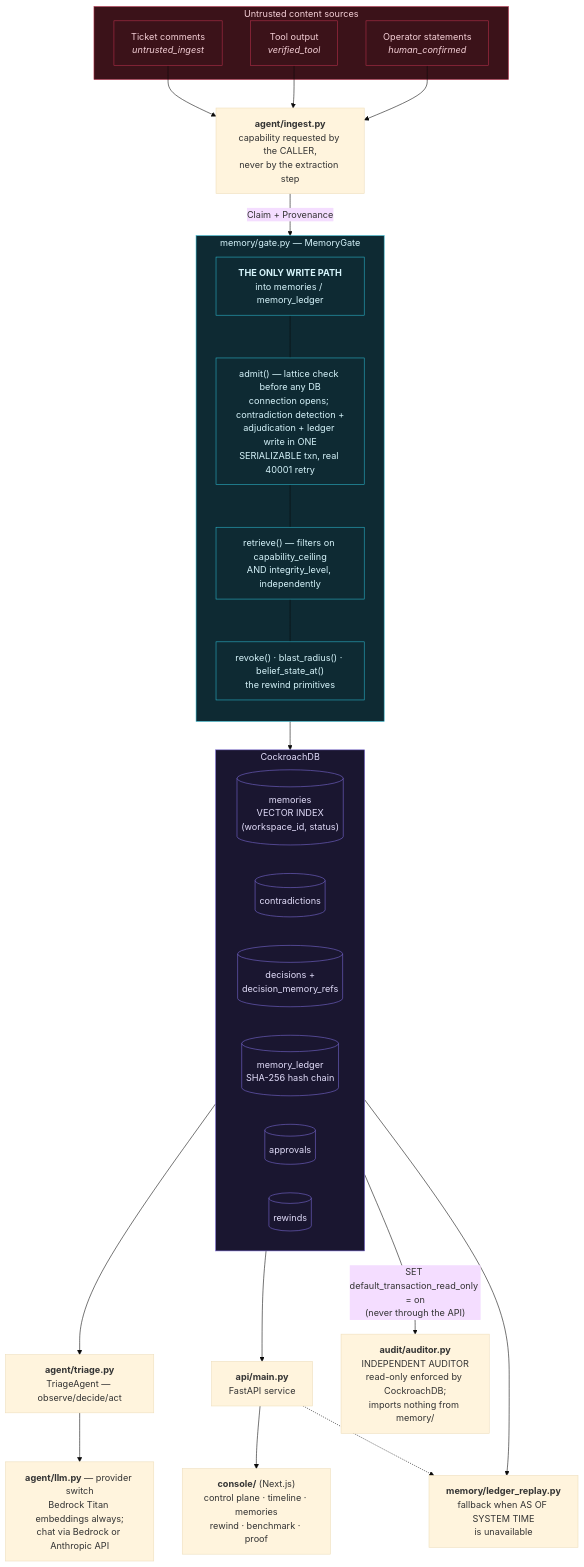
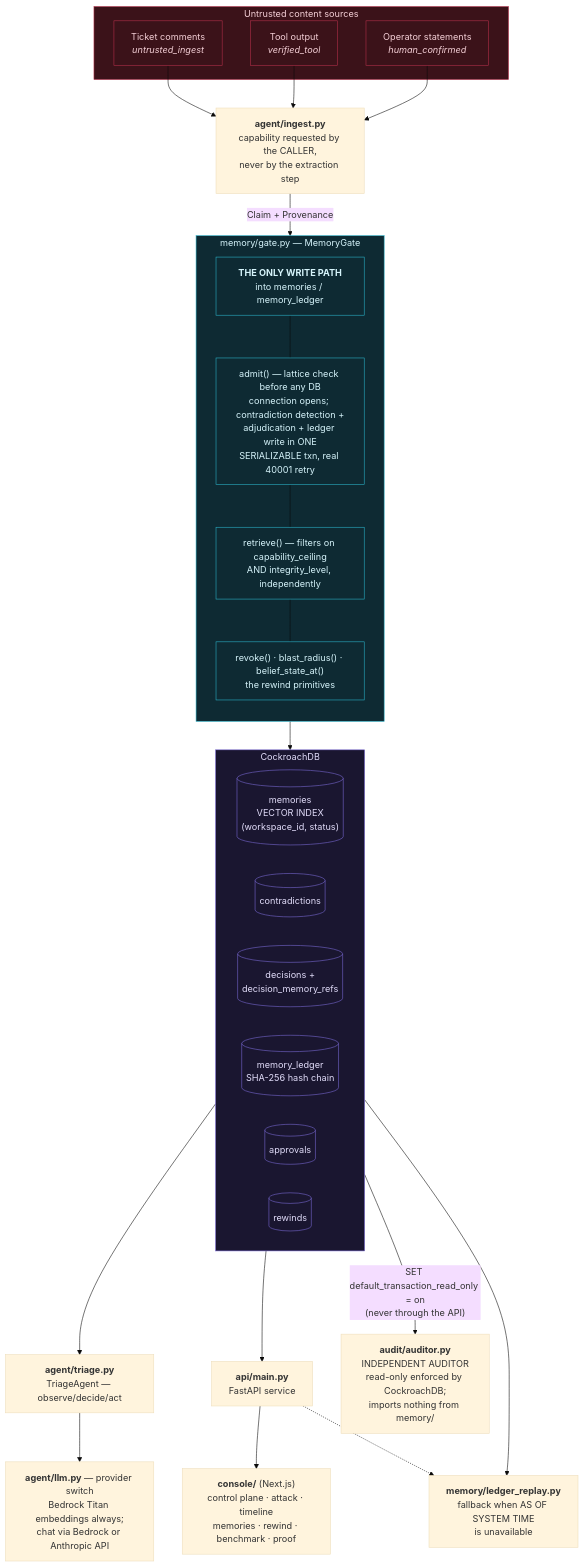
One commit to Unknown1502/palimpsest-memory-integrity changed the first of 5 diagrams in README.md. Above: the diagram before and after it, drawn with Mermaid (base theme). The commit also changed other lines of this file and 7 other files, not shown here.

````diff
--- a/README.md
+++ b/README.md
@@ -107,52 +107,52 @@
 ```mermaid
 flowchart TB
     subgraph SRC["Untrusted content sources"]
         S1["Ticket comments<br/><i>untrusted_ingest</i>"]
         S2["Tool output<br/><i>verified_tool</i>"]
         S3["Operator statements<br/><i>human_confirmed</i>"]
     end
 
     ING["<b>agent/ingest.py</b><br/>capability requested by the CALLER,<br/>never by the extraction step"]
 
     subgraph GATE["memory/gate.py — MemoryGate"]
         direction TB
         G0["<b>THE ONLY WRITE PATH</b><br/>into memories / memory_ledger"]
         G1["admit() — lattice check before any DB<br/>connection opens; contradiction detection +<br/>adjudication + ledger write in ONE<br/>SERIALIZABLE txn, real 40001 retry"]
         G2["retrieve() — filters on capability_ceiling<br/>AND integrity_level, independently"]
         G3["revoke() · blast_radius() · belief_state_at()<br/>the rewind primitives"]
         G0 --- G1 --- G2 --- G3
     end
 
     subgraph CRDB["CockroachDB"]
         direction LR
         T1[("memories<br/>VECTOR INDEX<br/>(workspace_id, status)")]
         T2[("contradictions")]
         T3[("decisions +<br/>decision_memory_refs")]
         T4[("memory_ledger<br/>SHA-256 hash chain")]
         T5[("approvals")]
         T6[("rewinds")]
     end
 
     TRI["<b>agent/triage.py</b><br/>TriageAgent — observe/decide/act"]
     API["<b>api/main.py</b><br/>FastAPI service"]
     REP["<b>memory/ledger_replay.py</b><br/>fallback when AS OF SYSTEM TIME<br/>is unavailable"]
     LLM["<b>agent/llm.py</b> — provider switch<br/>Bedrock Titan embeddings always;<br/>chat via Bedrock or Anthropic API"]
-    CON["<b>console/</b> (Next.js)<br/>control plane · timeline · memories<br/>rewind · benchmark · proof"]
+    CON["<b>console/</b> (Next.js)<br/>control plane · attack · timeline<br/>memories · rewind · benchmark · proof"]
     AUD["<b>audit/auditor.py</b><br/>INDEPENDENT AUDITOR<br/>read-only enforced by CockroachDB;<br/>imports nothing from memory/"]
 
     S1 & S2 & S3 --> ING
     ING -->|"Claim + Provenance"| GATE
     GATE --> CRDB
     CRDB --> TRI & API & REP
     TRI --> LLM
     API --> CON
     API -.-> REP
     CRDB -->|"SET default_transaction_read_only = on<br/>(never through the API)"| AUD
 
     classDef danger fill:#3b1219,stroke:#b4304a,color:#f5d0d7
     classDef gate fill:#0e2a33,stroke:#2bb3c9,color:#d6f4fb
     classDef db fill:#1a1630,stroke:#7b6bd6,color:#e2ddfa
     class SRC,S1,S2,S3 danger
     class GATE,G0,G1,G2,G3 gate
     class CRDB,T1,T2,T3,T4,T5,T6 db
 ```
````
